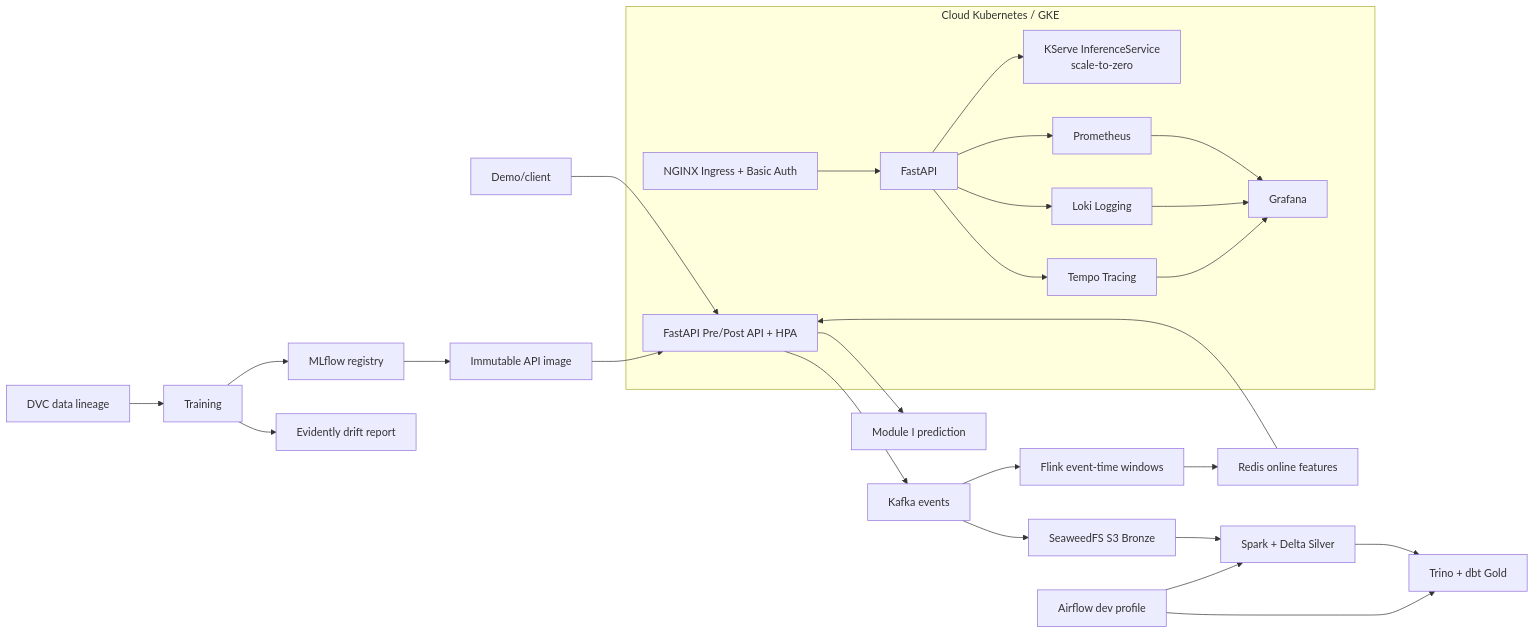
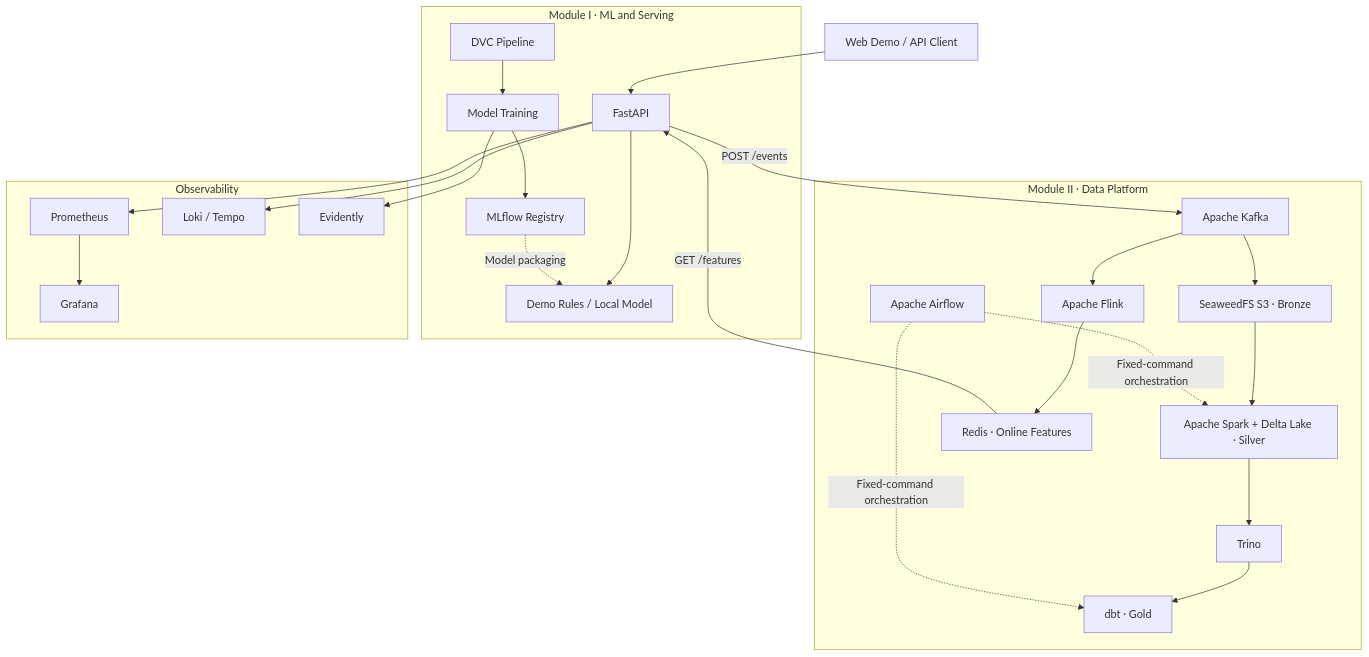
One commit to nhatminh06/personal-cognitive-load-monitor changed the first of 2 diagrams in README.md. Above: the diagram before and after it, drawn with Mermaid. The commit also changed other lines of this file, not shown here.

````diff
--- a/README.md
+++ b/README.md
@@ -155,39 +66,55 @@
 ```mermaid
-flowchart LR
-    Browser[Demo/client] --> API[FastAPI]
-    API --> Predict[Module I prediction]
-    API --> Kafka[Kafka events]
-    Kafka --> Bronze[SeaweedFS S3 Bronze]
-    Bronze --> Spark[Spark + Delta Silver]
-    Spark --> Trino[Trino + dbt Gold]
-    Airflow[Airflow dev profile] --> Spark
-    Airflow --> Trino
-    Kafka --> Flink[Flink event-time windows]
-    Flink --> Redis[Redis online features]
-    Redis --> API
+flowchart TB
+    Client["Web Demo / API Client"]
 
-    DVC[DVC data lineage] --> Train[Training]
-    Train --> MLflow[MLflow registry]
-    MLflow --> Image[Immutable API image]
-    Image --> API
-
-    subgraph GKE[Cloud Kubernetes / GKE]
-        NGINX[NGINX Ingress + Basic Auth]
-        API[FastAPI Pre/Post API + HPA]
-        KServe[KServe InferenceService\nscale-to-zero]
-        Prom[Prometheus]
-        Grafana[Grafana]
-        Loki[Loki Logging]
-        Tempo[Tempo Tracing]
-        NGINX --> CloudAPI[FastAPI]
-        CloudAPI --> KServe
-        CloudAPI --> Prom
-        CloudAPI --> Loki
-        CloudAPI --> Tempo
-        Prom --> Grafana
-        Loki --> Grafana
-        Tempo --> Grafana
+    subgraph M1["Module I · ML and Serving"]
+        API["FastAPI"]
+        Predict["Demo Rules / Local Model"]
+        DVC["DVC Pipeline"]
+        Train["Model Training"]
+        MLflow["MLflow Registry"]
     end
 
-    Train --> Evidently[Evidently drift report]
+    subgraph M2["Module II · Data Platform"]
+        Kafka["Apache Kafka"]
+        Bronze["SeaweedFS S3 · Bronze"]
+        Spark["Apache Spark + Delta Lake · Silver"]
+        Trino["Trino"]
+        DBT["dbt · Gold"]
+        Flink["Apache Flink"]
+        Redis["Redis · Online Features"]
+        Airflow["Apache Airflow"]
+    end
+
+    subgraph OBS["Observability"]
+        Prom["Prometheus"]
+        Grafana["Grafana"]
+        Logs["Loki / Tempo"]
+        Drift["Evidently"]
+    end
+
+    Client --> API
+    API --> Predict
+
+    DVC --> Train
+    Train --> MLflow
+    MLflow -. "Model packaging" .-> Predict
+
+    API -->|"POST /events"| Kafka
+    Kafka --> Bronze
+    Bronze --> Spark
+    Spark --> Trino
+    Trino --> DBT
+
+    Kafka --> Flink
+    Flink --> Redis
+    Redis -->|"GET /features"| API
+
+    Airflow -. "Fixed-command orchestration" .-> Spark
+    Airflow -. "Fixed-command orchestration" .-> DBT
+
+    API --> Prom
+    Prom --> Grafana
+    API --> Logs
+    Train --> Drift
 ```
````
